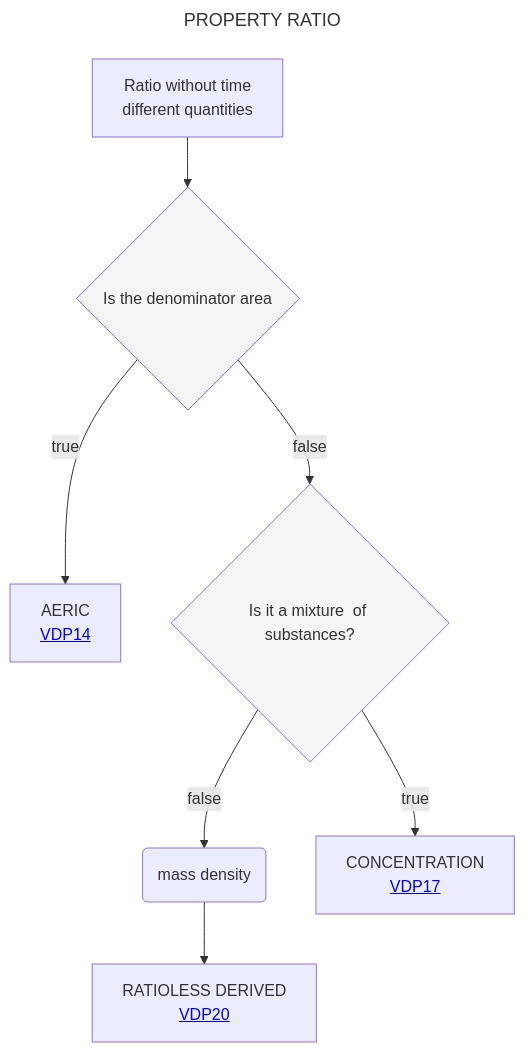
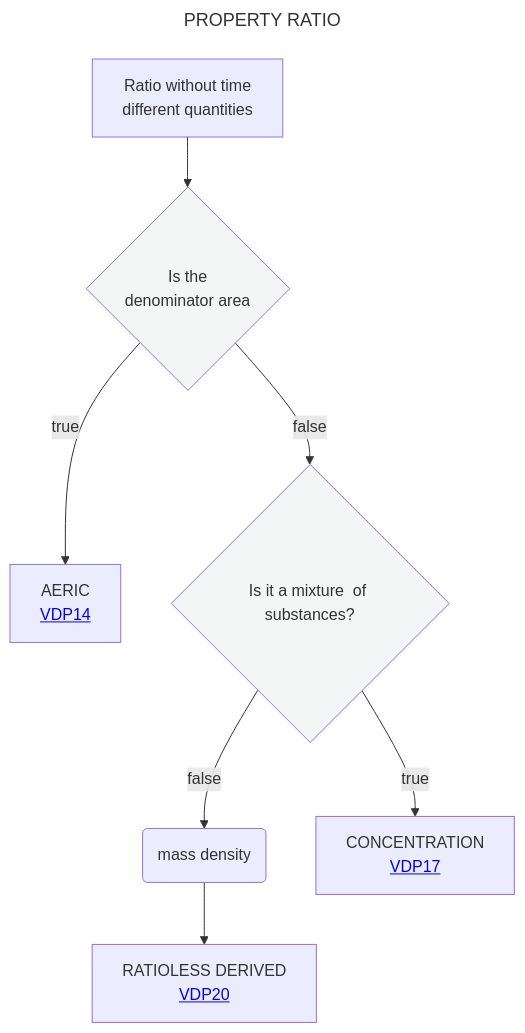
The diagram in Decisition_trees/DT4.mmd (mabablue/I-ADOPT-patterns-playground), drawn with Mermaid before and after one commit.

```diff
--- a/Decisition_trees/DT4.mmd
+++ b/Decisition_trees/DT4.mmd
@@ -1,14 +1,14 @@
 ---
 title: PROPERTY RATIO
 ---
 flowchart TD
-    A[Ratio without time <br> different quantities] --> B{Is the denominator area}:::white
+    A[Ratio without time <br> different quantities] --> B{Is the <br> denominator area}:::white
     B --> |true|C[AERIC <br> <a href='https://github.com/mabablue/I-ADOPT-patterns-playground/blob/main/pattern/VDP14.yaml'>VDP14</a>]
     B --> |false|E{Is it a mixture <be> of substances?}:::white
     E --> |false|F(mass density)
     F --> G[RATIOLESS DERIVED <br> <a href='https://github.com/mabablue/I-ADOPT-patterns-playground/blob/main/pattern/VDP20.yaml'>VDP20</a>]
     E--> |true|H[CONCENTRATION <br> <a href='https://github.com/mabablue/I-ADOPT-patterns-playground/blob/main/pattern/VDP17.yaml'>VDP17</a>]
    classDef blue fill:#90D5FF
    classDef satblue fill:#57B9FF 
    classDef white fill:#f3f6f4
    classDef green fill:#6aa84f
```
